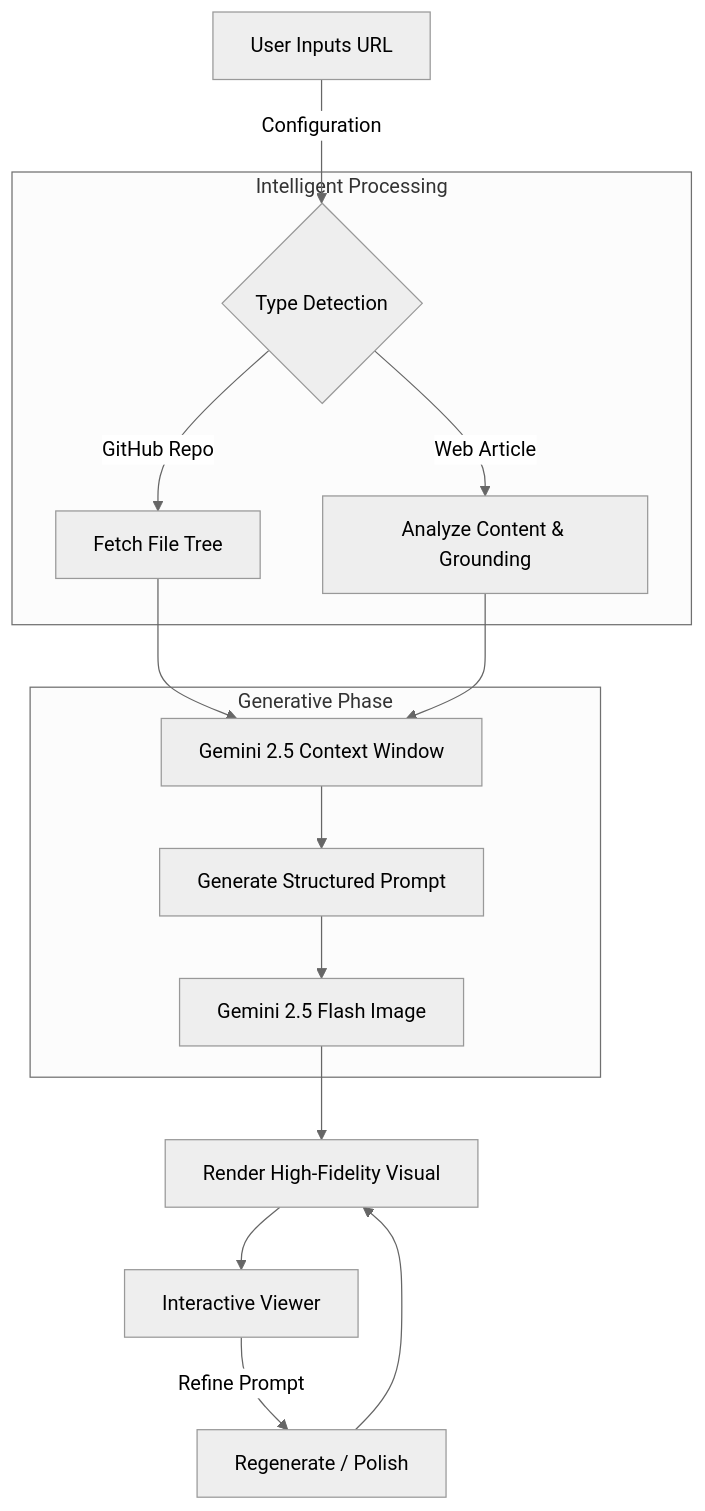
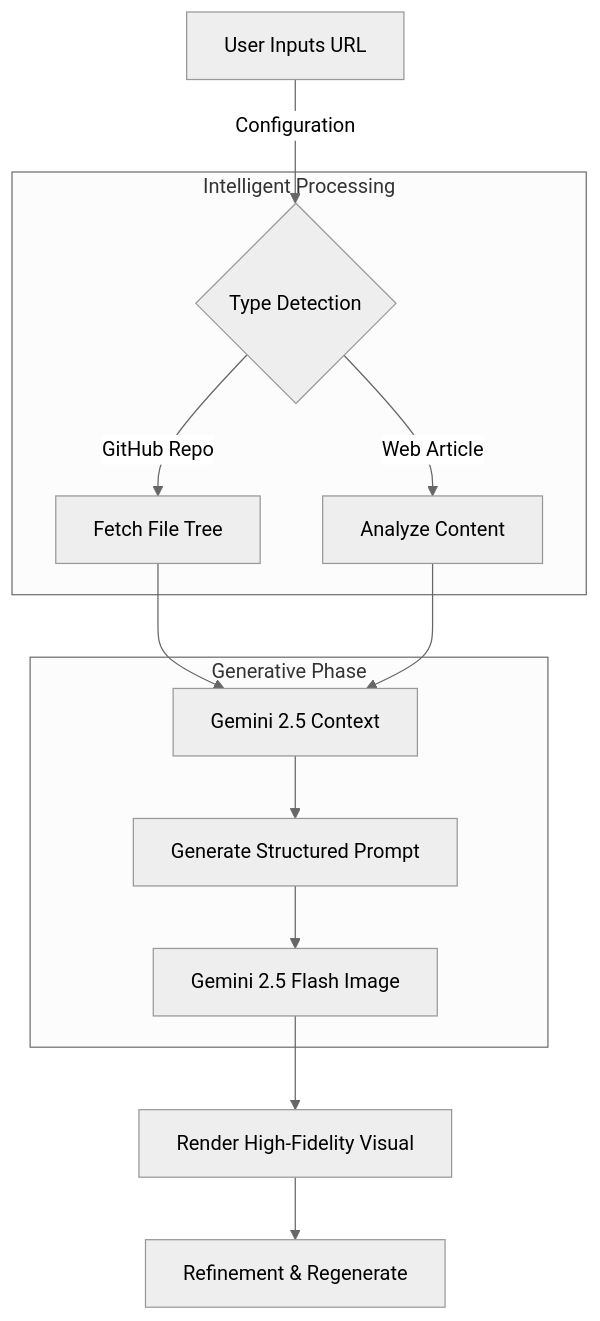
The diagram in README.md (a77lic7ion/Link-to-AI-Ink), drawn with Mermaid (neutral theme) before and after one commit. The commit also changed other lines of this file and 5 other files, not shown here.

````diff
--- a/README.md
+++ b/README.md
@@ -40,23 +35,20 @@
 ```mermaid
 graph TD
     A[User Inputs URL] -->|Configuration| B{Type Detection}
     
     subgraph "Intelligent Processing"
     B -->|GitHub Repo| C[Fetch File Tree]
-    B -->|Web Article| D[Analyze Content & Grounding]
+    B -->|Web Article| D[Analyze Content]
     end
     
-    C --> E[Gemini 2.5 Context Window]
+    C --> E[Gemini 2.5 Context]
     D --> E
     
     subgraph "Generative Phase"
     E --> F[Generate Structured Prompt]
     F --> G[Gemini 2.5 Flash Image]
     end
     
     G --> H[Render High-Fidelity Visual]
-    
-    H --> I[Interactive Viewer]
-    I -->|Refine Prompt| J[Regenerate / Polish]
-    J --> H
+    H --> I[Refinement & Regenerate]
 ```
````
